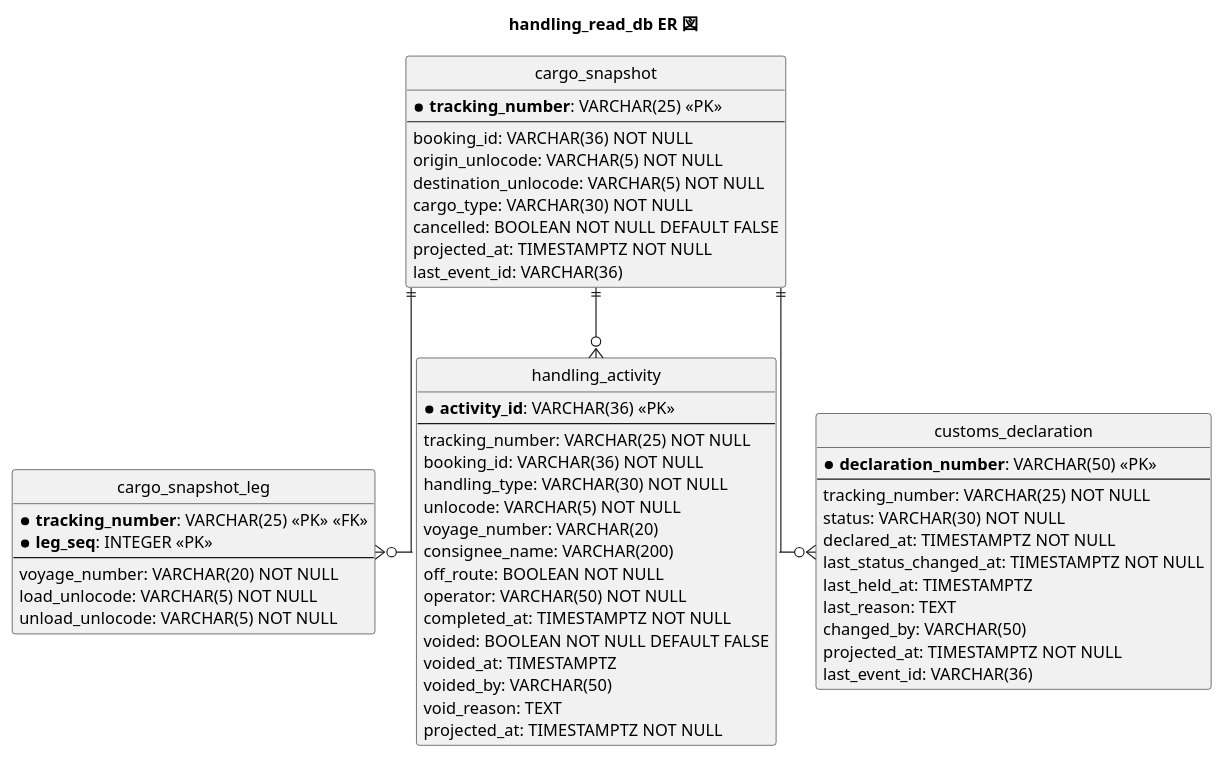
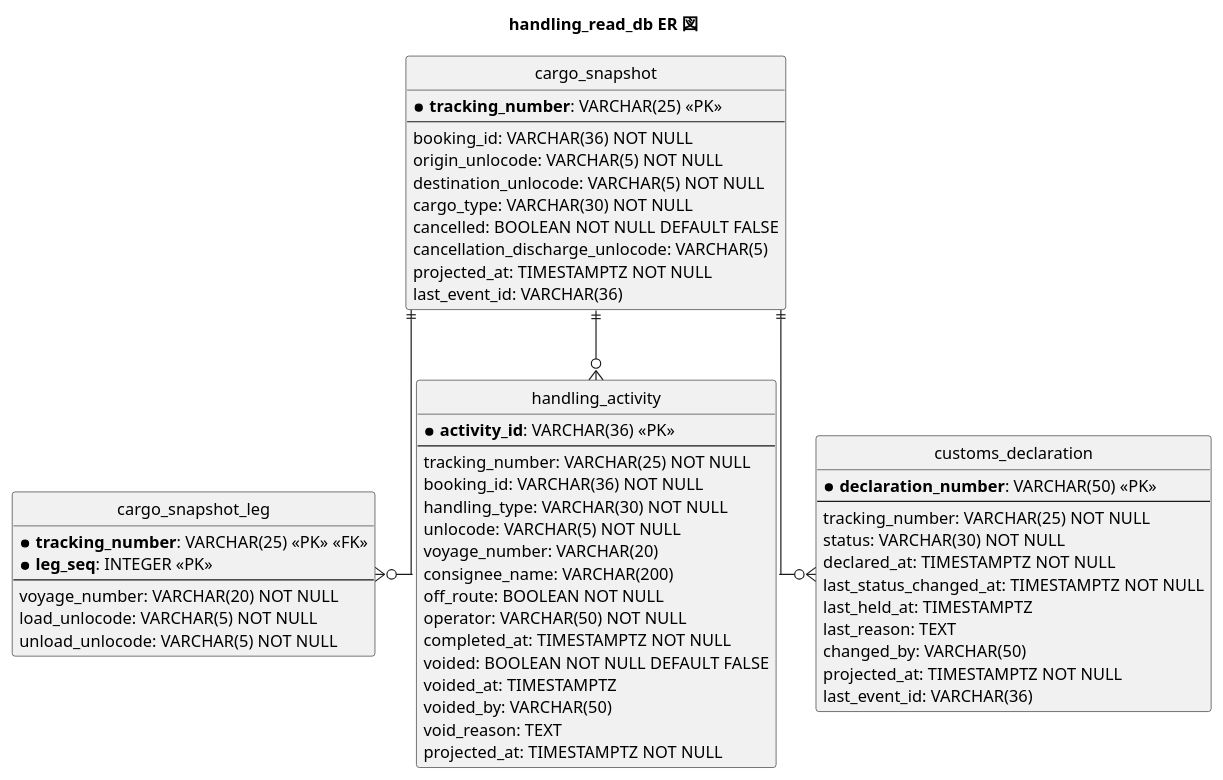
The seventh of 10 diagrams in docs/design/cargo-tracker/data-model.md (k2works/case-study-cargo-tracker), drawn with PlantUML before and after one commit. The commit also changed other lines of this file and 14 other files, not shown here.

````diff
--- a/docs/design/cargo-tracker/data-model.md
+++ b/docs/design/cargo-tracker/data-model.md
@@ -586,66 +586,67 @@
 ```plantuml
 @startuml
 title handling_read_db ER 図
 
 hide circle
 skinparam linetype ortho
 
 entity "cargo_snapshot" as cs {
   * **tracking_number**: VARCHAR(25) <<PK>>
   --
   booking_id: VARCHAR(36) NOT NULL
   origin_unlocode: VARCHAR(5) NOT NULL
   destination_unlocode: VARCHAR(5) NOT NULL
   cargo_type: VARCHAR(30) NOT NULL
   cancelled: BOOLEAN NOT NULL DEFAULT FALSE
+  cancellation_discharge_unlocode: VARCHAR(5)
   projected_at: TIMESTAMPTZ NOT NULL
   last_event_id: VARCHAR(36)
 }
 
 entity "cargo_snapshot_leg" as csl {
   * **tracking_number**: VARCHAR(25) <<PK>> <<FK>>
   * **leg_seq**: INTEGER <<PK>>
   --
   voyage_number: VARCHAR(20) NOT NULL
   load_unlocode: VARCHAR(5) NOT NULL
   unload_unlocode: VARCHAR(5) NOT NULL
 }
 
 entity "handling_activity" as ha {
   * **activity_id**: VARCHAR(36) <<PK>>
   --
   tracking_number: VARCHAR(25) NOT NULL
   booking_id: VARCHAR(36) NOT NULL
   handling_type: VARCHAR(30) NOT NULL
   unlocode: VARCHAR(5) NOT NULL
   voyage_number: VARCHAR(20)
   consignee_name: VARCHAR(200)
   off_route: BOOLEAN NOT NULL
   operator: VARCHAR(50) NOT NULL
   completed_at: TIMESTAMPTZ NOT NULL
   voided: BOOLEAN NOT NULL DEFAULT FALSE
   voided_at: TIMESTAMPTZ
   voided_by: VARCHAR(50)
   void_reason: TEXT
   projected_at: TIMESTAMPTZ NOT NULL
 }
 
 entity "customs_declaration" as cd {
   * **declaration_number**: VARCHAR(50) <<PK>>
   --
   tracking_number: VARCHAR(25) NOT NULL
   status: VARCHAR(30) NOT NULL
   declared_at: TIMESTAMPTZ NOT NULL
   last_status_changed_at: TIMESTAMPTZ NOT NULL
   last_held_at: TIMESTAMPTZ
   last_reason: TEXT
   changed_by: VARCHAR(50)
   projected_at: TIMESTAMPTZ NOT NULL
   last_event_id: VARCHAR(36)
 }
 
 cs ||--o{ csl
 cs ||--o{ ha
 cs ||--o{ cd
 @enduml
 ```
````
